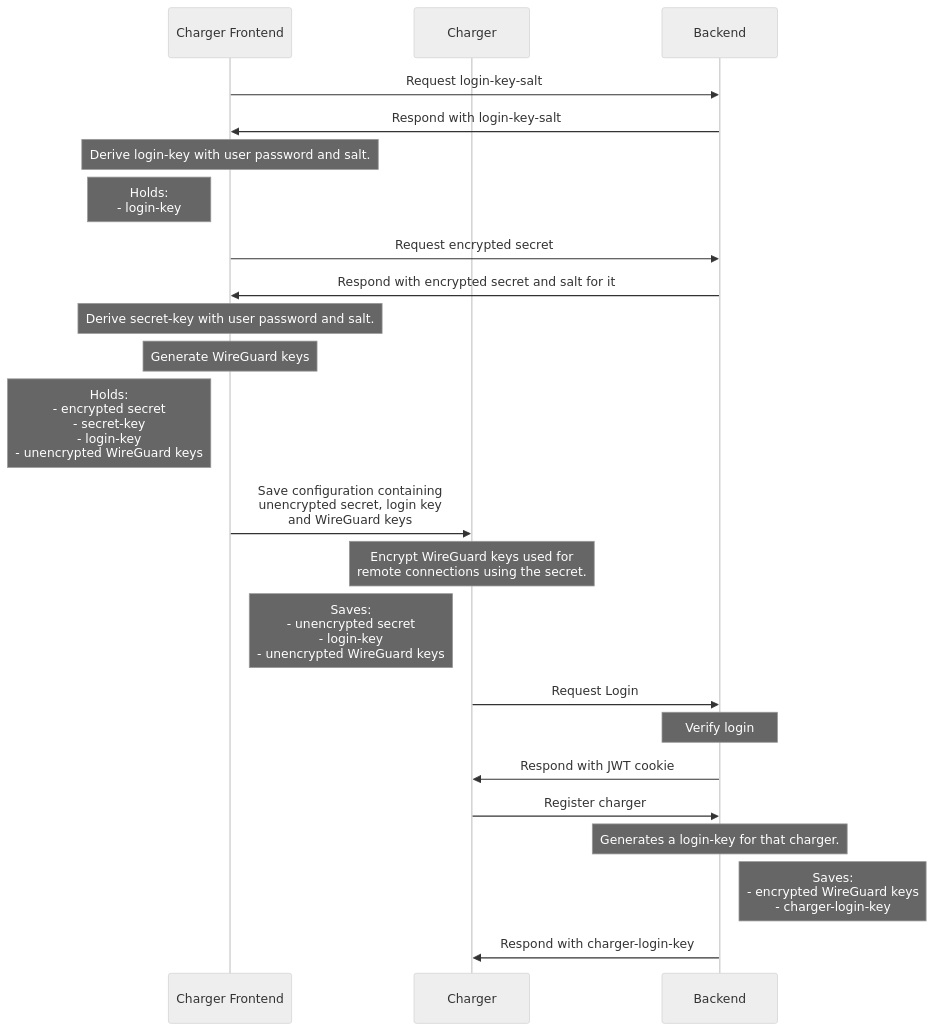
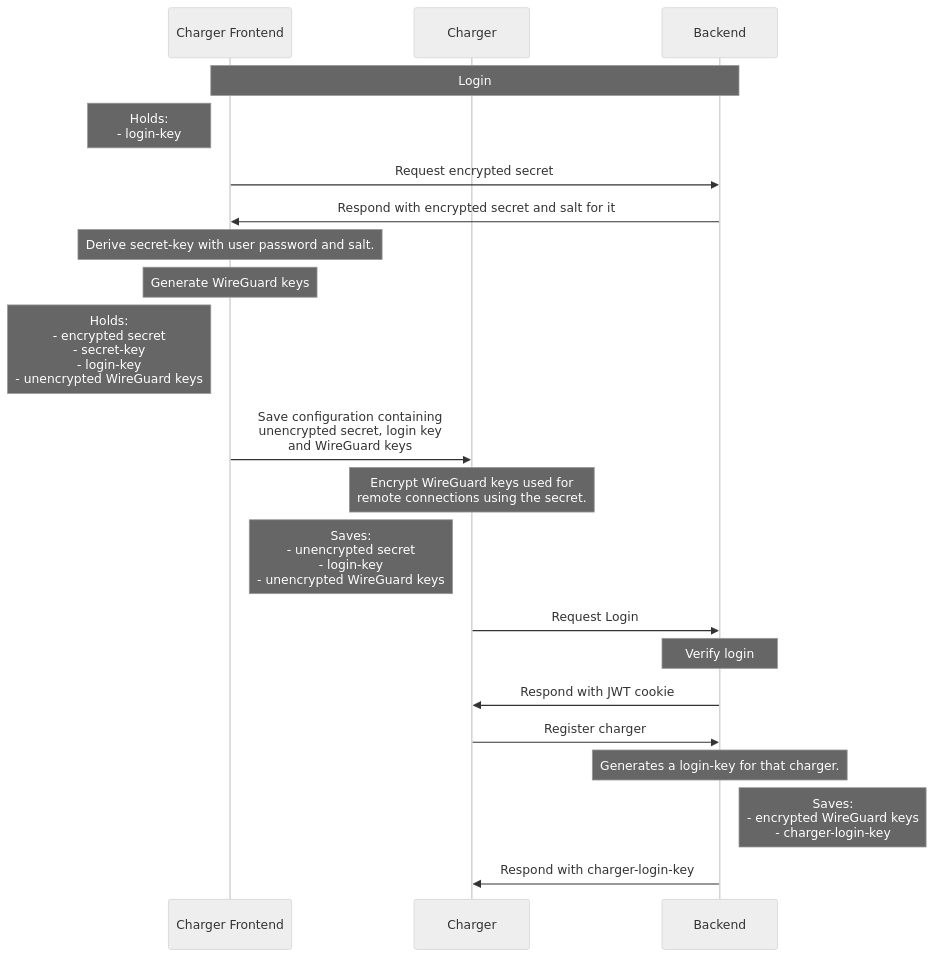
One commit to Tinkerforge/esp32-remote-access changed the fifth of 8 diagrams in sequence.md. Above: the diagram before and after it, drawn with Mermaid (neutral theme). The commit also changed other lines of this file, not shown here.

````diff
--- a/sequence.md
+++ b/sequence.md
@@ -49,26 +78,24 @@
 ```mermaid
 sequenceDiagram
     participant Charger Frontend
     participant Charger
     participant Backend
 
-    Charger Frontend->>Backend: Request login-key-salt
-    Backend->>Charger Frontend: Respond with login-key-salt
-    Note over Charger Frontend: Derive login-key with user password and salt.
+    Note over Charger Frontend, Backend: Login
     Note left of Charger Frontend: Holds: <br> - login-key
     Charger Frontend->>Backend: Request encrypted secret
     Backend->>Charger Frontend: Respond with encrypted secret and salt for it
     Note over Charger Frontend: Derive secret-key with user password and salt.
     Note over Charger Frontend: Generate WireGuard keys
     Note left of Charger Frontend: Holds: <br> - encrypted secret <br> - secret-key <br> - login-key <br> - unencrypted WireGuard keys
     Charger Frontend->>Charger: Save configuration containing<br>unencrypted secret, login key<br>and WireGuard keys
     Note over Charger: Encrypt WireGuard keys used for<br>remote connections using the secret.
     Note left of Charger: Saves: <br> - unencrypted secret <br> - login-key <br> - unencrypted WireGuard keys
     Charger->>Backend: Request Login
     Note over Backend: Verify login
     Backend->>Charger: Respond with JWT cookie
     Charger->>Backend: Register charger
     Note over Backend: Generates a login-key for that charger.
     Note right of Backend: Saves: <br> - encrypted WireGuard keys <br> - charger-login-key
     Backend->>Charger: Respond with charger-login-key
 ```
````
